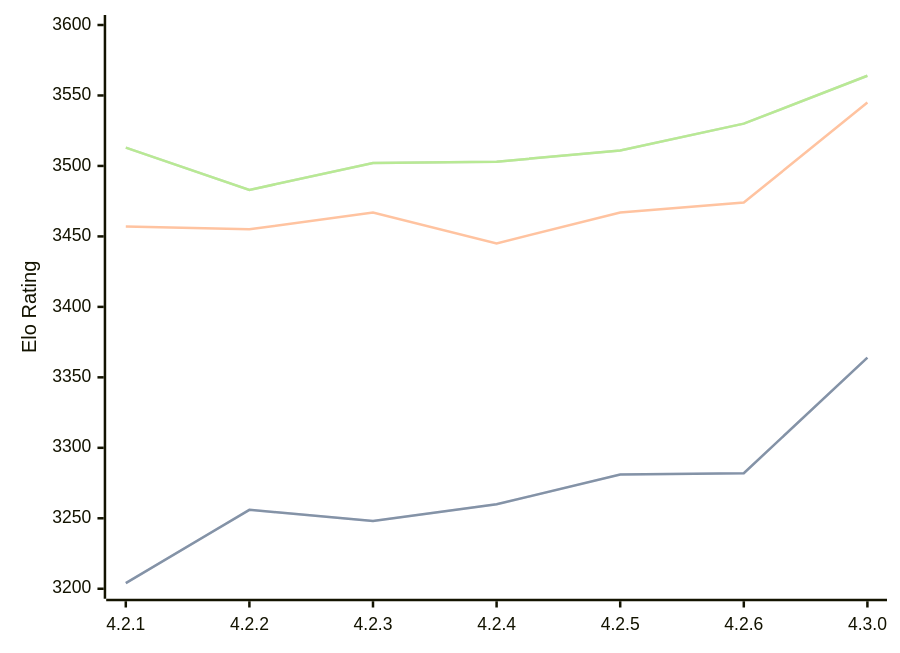
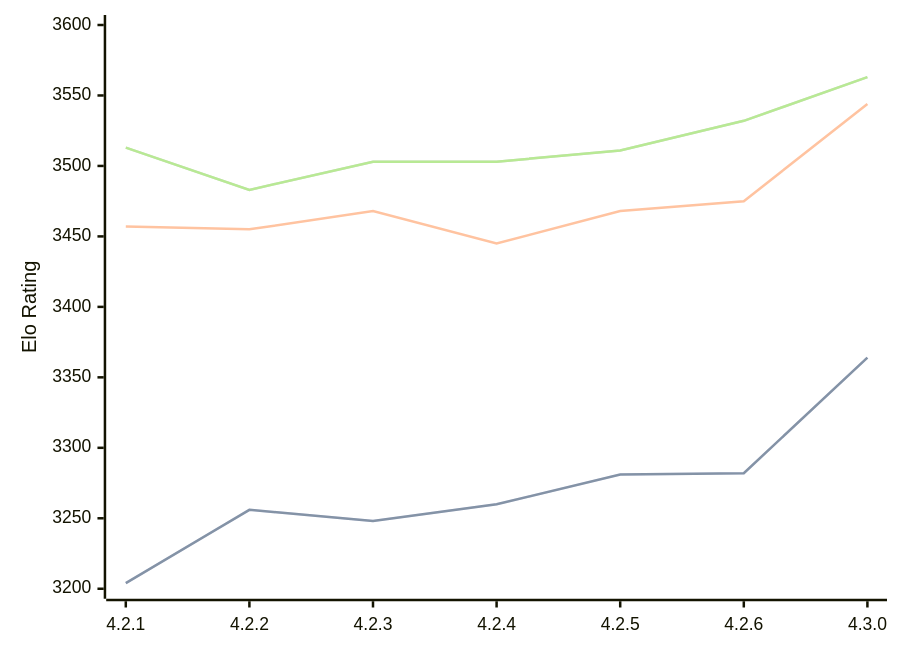
One commit to computer-chess-index/cci changed the diagram in engines/Gaia.md. Above: the diagram before and after it, drawn with Mermaid. The commit also changed other lines of this file, not shown here.

Commit message:
Update CCI Ratings (ELO VLTC) - 2026-10-07

````diff
--- a/engines/Gaia.md
+++ b/engines/Gaia.md
@@ -43,11 +43,11 @@
 ```mermaid
 %%{init: {"theme":"base","themeVariables":{"seriesColors:['#a3a3a3','#222221','#faa371']}}}%%
 xychart-beta
   x-axis ["4.2.1", "4.2.2", "4.2.3", "4.2.4", "4.2.5", "4.2.6", "4.3.0"]
   y-axis "Elo Rating" 3200 --> 3600
   line "" [3204, 3256, 3248, 3260, 3281, 3282, 3364]
   line "STC (8.0+0.08s)" [3204, 3256, 3248, 3260, 3281, 3282, 3364]
-  line "LTC (60.0+0.60s)" [3457, 3455, 3467, 3445, 3467, 3474, 3545]
-  line "" [3513, 3483, 3502, 3503, 3511, 3530, 3564]
-  line "VLTC (2m24s+1.12s)" [3513, 3483, 3502, 3503, 3511, 3530, 3564]
+  line "LTC (60.0+0.60s)" [3457, 3455, 3468, 3445, 3468, 3475, 3544]
+  line "" [3513, 3483, 3503, 3503, 3511, 3532, 3563]
+  line "VLTC (2m24s+1.12s)" [3513, 3483, 3503, 3503, 3511, 3532, 3563]
 ```
````
